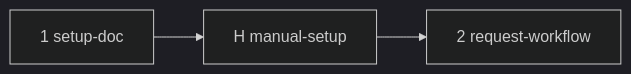
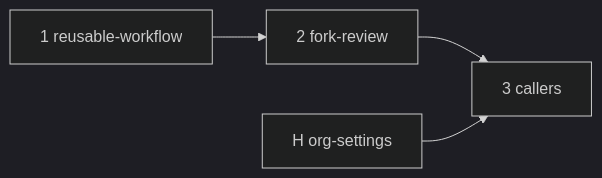
One commit to marola-dev/marola changed the diagram in docs/MIPs/MIP-0072.tasks.md. Above: the diagram before and after it, drawn with Mermaid (dark theme). The commit also changed other lines of this file and 4 other files, not shown here.

````diff
--- a/docs/MIPs/MIP-0072.tasks.md
+++ b/docs/MIPs/MIP-0072.tasks.md
@@ -14,5 +14,6 @@
 ```mermaid
 flowchart LR
-  t1[1 setup-doc] --> H[H manual-setup]
-  H --> t2[2 request-workflow]
+  t1[1 reusable-workflow] --> t2[2 fork-review]
+  t2 --> t3[3 callers]
+  H[H org-settings] --> t3
 ```
````
